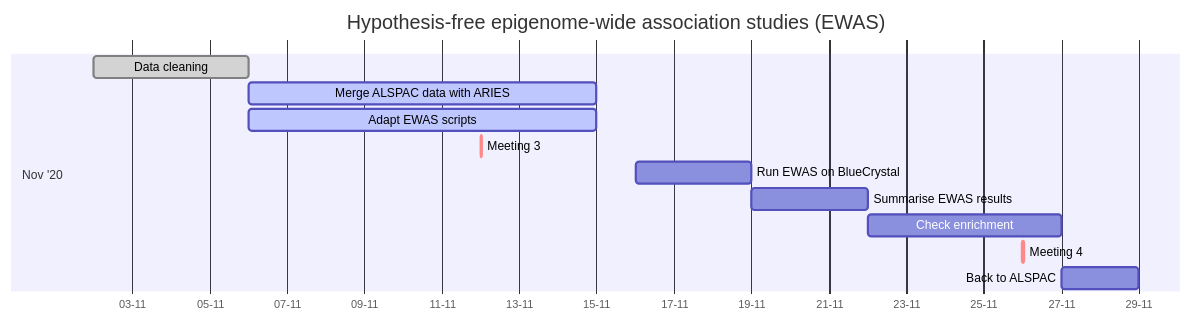
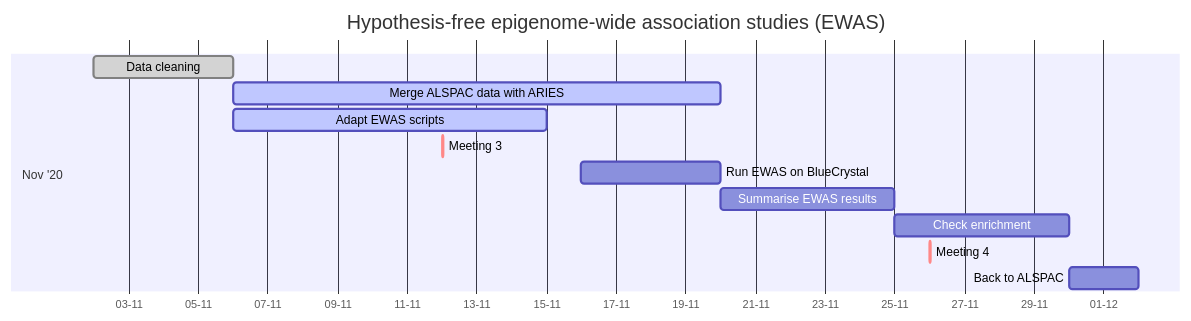
The second of 5 diagrams in Planning/MP1 Gantt.md (flozoemartin/MP1), drawn with Mermaid before and after one commit.

Commit message:
Update MP1 Gantt.md

````diff
--- a/Planning/MP1 Gantt.md
+++ b/Planning/MP1 Gantt.md
@@ -19,17 +19,17 @@
 ```mermaid
 gantt
     dateFormat  YYYY-MM-DD
     title       Hypothesis-free epigenome-wide association studies (EWAS)
     axisFormat  %d-%m
     
     section Nov '20
     Data cleaning                             :done, 2020-11-02, 2020-11-06
-    Merge ALSPAC data with ARIES              :active, 2020-11-06, 9d
+    Merge ALSPAC data with ARIES              :active, 2020-11-06, 14d
     Adapt EWAS scripts                        :active, 2020-11-06, 9d
     Meeting 3                                 :crit, 2020-11-12, 1h
-    Run EWAS on BlueCrystal                   :des5, 2020-11-16, 2020-11-19
-    Summarise EWAS results                    :des6, after des5, 3d
+    Run EWAS on BlueCrystal                   :des5, 2020-11-16, 2020-11-20
+    Summarise EWAS results                    :des6, after des5, 5d
     Check enrichment                          :des7, after des6, 5d
     Meeting 4                                 :crit, 2020-11-26, 1h
     Back to ALSPAC                            :des8, after des7, 2d
 ```
````
